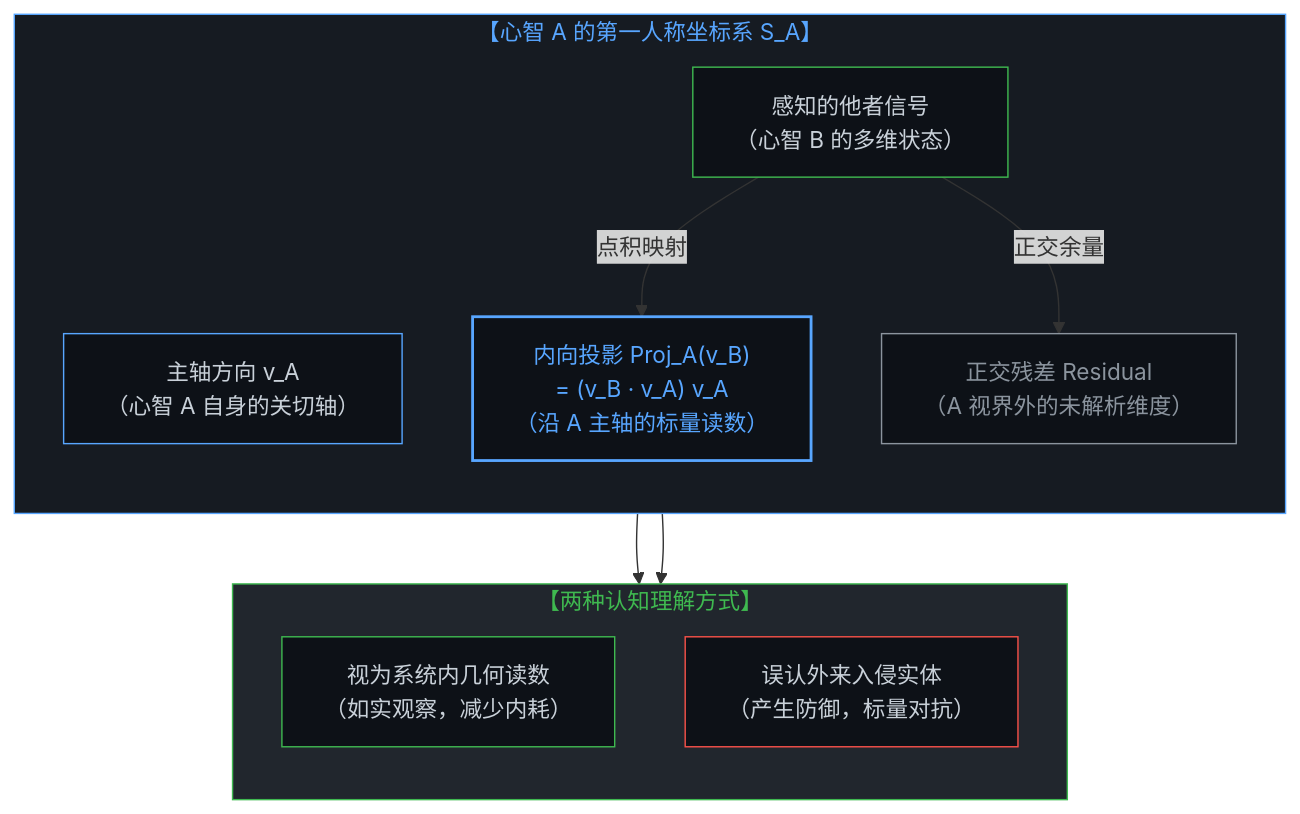
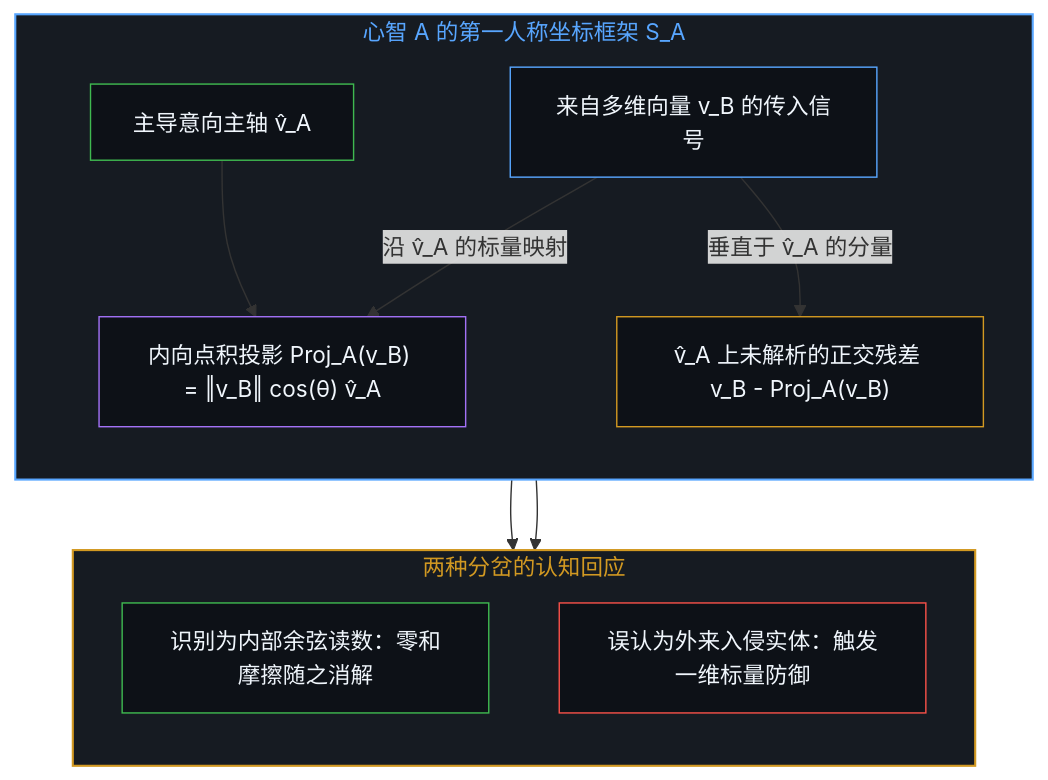
One commit to powerpig99/not-a-toe changed the third of 8 diagrams in content/posts/the-mind-as-vector-and-coordinate-system.md. Above: the diagram before and after it, drawn with Mermaid. The commit also changed other lines of this file and 1 other file, not shown here.

````diff
--- a/content/posts/the-mind-as-vector-and-coordinate-system.md
+++ b/content/posts/the-mind-as-vector-and-coordinate-system.md
@@ -93,31 +73,31 @@
 ```mermaid
-graph TD
-    subgraph FrameA["【心智 A 的第一人称坐标系 S_A】"]
+flowchart TD
+    subgraph S_FrameA["心智 A 的第一人称坐标框架 S_A"]
         direction TB
-        VA["主轴方向 v_A<br>（心智 A 自身的关切轴）"]
-        VB_raw["感知的他者信号<br>（心智 B 的多维状态）"]
-        Proj["内向投影 Proj_A(v_B)<br>= (v_B · v_A) v_A<br>（沿 A 主轴的标量读数）"]
-        Res["正交残差 Residual<br>（A 视界外的未解析维度）"]
-        
-        VB_raw -->|"点积映射"| Proj
-        VB_raw -->|"正交余量"| Res
+        VA["主导意向主轴 v̂_A"]
+        VB_raw["来自多维向量 v_B 的传入信号"]
+        Proj["内向点积投影 Proj_A(v_B) = ‖v_B‖ cos(θ) v̂_A"]
+        Res["v̂_A 上未解析的正交残差 v_B - Proj_A(v_B)"]
+        VA --> Proj
+        VB_raw -->|"沿 v̂_A 的标量映射"| Proj
+        VB_raw -->|"垂直于 v̂_A 的分量"| Res
     end
 
-    subgraph Perspectives["【两种认知理解方式】"]
+    subgraph S_Response["两种分岔的认知回应"]
         direction TB
-        T1["视为系统内几何读数<br>（如实观察，减少内耗）"]
-        T2["误认外来入侵实体<br>（产生防御，标量对抗）"]
+        T1["识别为内部余弦读数：零和摩擦随之消解"]
+        T2["误认为外来入侵实体：触发一维标量防御"]
     end
 
     Proj --> T1
     Proj --> T2
 
-    style FrameA fill:#161b22,stroke:#58a6ff,stroke-width:1px,color:#58a6ff
-    style Perspectives fill:#21262d,stroke:#3fb950,stroke-width:1px,color:#3fb950
-    style VA fill:#0d1117,stroke:#58a6ff,stroke-width:1px,color:#c9d1d9
-    style VB_raw fill:#0d1117,stroke:#3fb950,stroke-width:1px,color:#c9d1d9
-    style Proj fill:#0d1117,stroke:#58a6ff,stroke-width:2px,color:#58a6ff
-    style Res fill:#0d1117,stroke:#8b949e,stroke-width:1px,color:#8b949e
-    style T1 fill:#0d1117,stroke:#3fb950,stroke-width:1px,color:#c9d1d9
-    style T2 fill:#0d1117,stroke:#f85149,stroke-width:1px,color:#c9d1d9
+    style S_FrameA fill:#161b22,stroke:#58a6ff,stroke-width:1.5px,color:#58a6ff
+    style S_Response fill:#161b22,stroke:#d29922,stroke-width:1.5px,color:#d29922
+    style VA fill:#0d1117,stroke:#3fb950,stroke-width:1px,color:#f0f6fc
+    style VB_raw fill:#0d1117,stroke:#58a6ff,stroke-width:1px,color:#f0f6fc
+    style Proj fill:#0d1117,stroke:#a371f7,stroke-width:1px,color:#f0f6fc
+    style Res fill:#0d1117,stroke:#d29922,stroke-width:1px,color:#f0f6fc
+    style T1 fill:#0d1117,stroke:#3fb950,stroke-width:1px,color:#f0f6fc
+    style T2 fill:#0d1117,stroke:#f85149,stroke-width:1px,color:#f0f6fc
 ```
````
